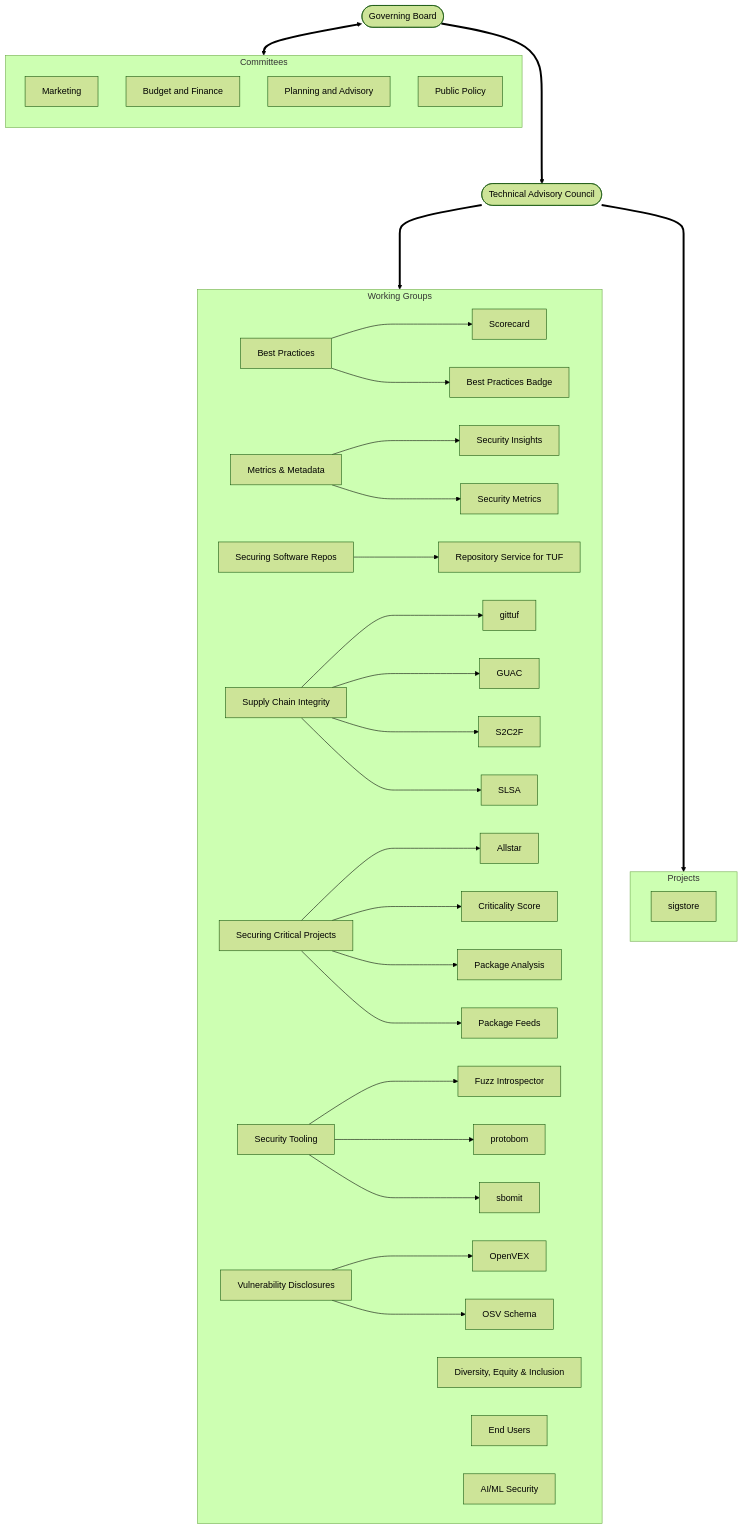
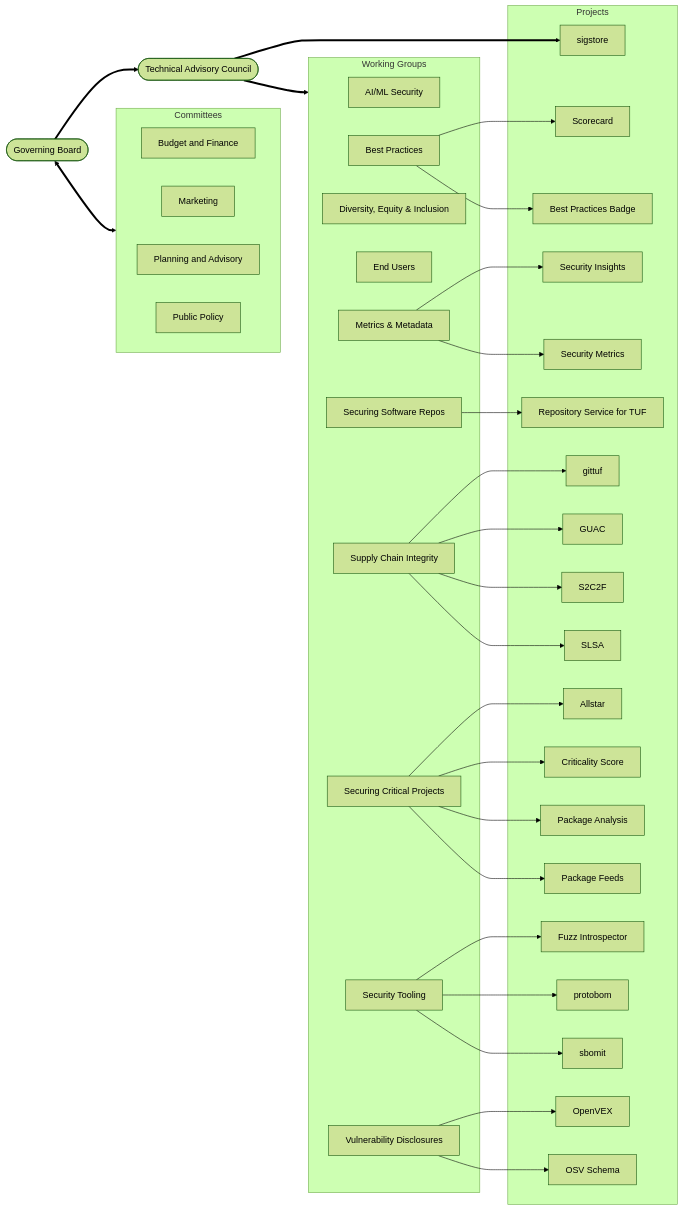
The diagram in organizational-structure-overview.md (ossf/tac), drawn with Mermaid (forest theme) before and after one commit.

Commit message:
Group projects together

````diff
--- a/organizational-structure-overview.md
+++ b/organizational-structure-overview.md
@@ -51,52 +51,71 @@
 ```mermaid
-flowchart TB
-    A([Governing Board])
+flowchart LR
+    GB([Governing Board])
 
     subgraph subC[Committees]
-        direction TB
+        direction LR
+        Budget[Budget and Finance]
         Market[Marketing]
-        Budget[Budget and Finance]
         Plan[Planning and Advisory]
         Policy[Public Policy]
     end
-    A <==> subC
-    A ====> B([Technical Advisory Council])
+    GB <==> subC
+    GB ==> TAC([Technical Advisory Council])
 
-    subgraph subWG[Working Groups]
+    subgraph WG[Working Groups]
+        AI[AI/ML Security]
         BP[Best Practices]
         DEI[Diversity, Equity & Inclusion]
         EU[End Users]
-        ML[AI/ML Security] 
         MM[Metrics & Metadata]
         REP[Securing Software Repos]
         SCI[Supply Chain Integrity]
         SCP[Securing Critical Projects]
         ST[Security Tooling]
         VD[Vulnerability Disclosures]
-
-        BP ---> Scorecard[Scorecard]
-        BP ---> BestPracticesBadge[Best Practices Badge]
-        MM ---> SecurityInsights[Security Insights]
-        MM ---> SecurityMetrics[Security Metrics]
-        REP ---> Rstuf[Repository Service for TUF]
-        SCI ---> Gittuf[gittuf]
-        SCI ---> GUAC[GUAC]
-        SCI ---> S2C2F[S2C2F]
-        SCI ---> SLSA[SLSA]
-        SCP ---> Allstar[Allstar]
-        SCP ---> CriticalityScore[Criticality Score]
-        SCP ---> PackageAnalysis[Package Analysis]
-        SCP ---> PackageFeeds[Package Feeds]
-        ST ---> FuzzIntrospector[Fuzz Introspector]
-        ST ---> Protobom[protobom]
-        ST ---> Sbomit[sbomit]
-        VD ---> OpenVEX[OpenVEX]
-        VD ---> OSV[OSV Schema]
     end
-    B ====> subWG
 
     subgraph projects[Projects]
-       SS[sigstore]
+       Scorecard[Scorecard]
+       BPB[Best Practices Badge]
+       SI[Security Insights]
+       SM[Security Metrics]
+       Rstuf[Repository Service for TUF]
+       Gittuf[gittuf]
+       GUAC[GUAC]
+       SLSA[SLSA]
+       S2C2F
+       Allstar[Allstar]
+       Sigstore[sigstore]
+       CS[Criticality Score]
+       PA[Package Analysis]
+       PF[Package Feeds]
+       FI[Fuzz Introspector]
+       Protobom[protobom]
+       Sbomit[sbomit]
+       OpenVEX[OpenVEX]
+       OSV[OSV Schema]
     end
-    B ====> projects
+
+    TAC ==> WG
+    TAC ==> Sigstore
+
+    BP --> Scorecard
+    BP --> BPB
+    MM --> SI
+    MM --> SM
+    REP --> Rstuf
+    SCI --> Gittuf
+    SCI --> GUAC
+    SCI --> S2C2F
+    SCI --> SLSA
+    SCP --> Allstar
+    SCP --> CS
+    SCP --> PA
+    SCP --> PF
+    ST --> FI
+    ST --> Protobom
+    ST --> Sbomit
+    VD --> OpenVEX
+    VD --> OSV
 ```
````
